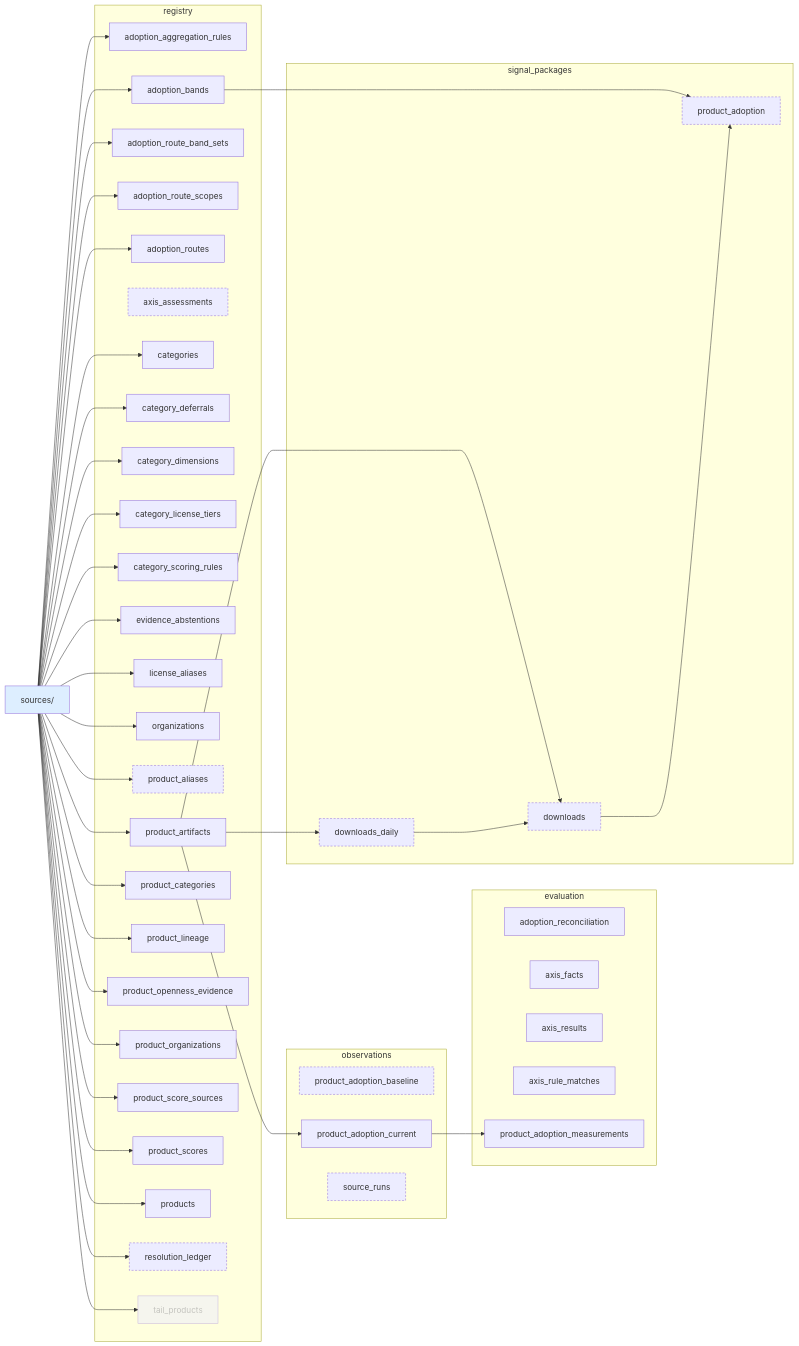
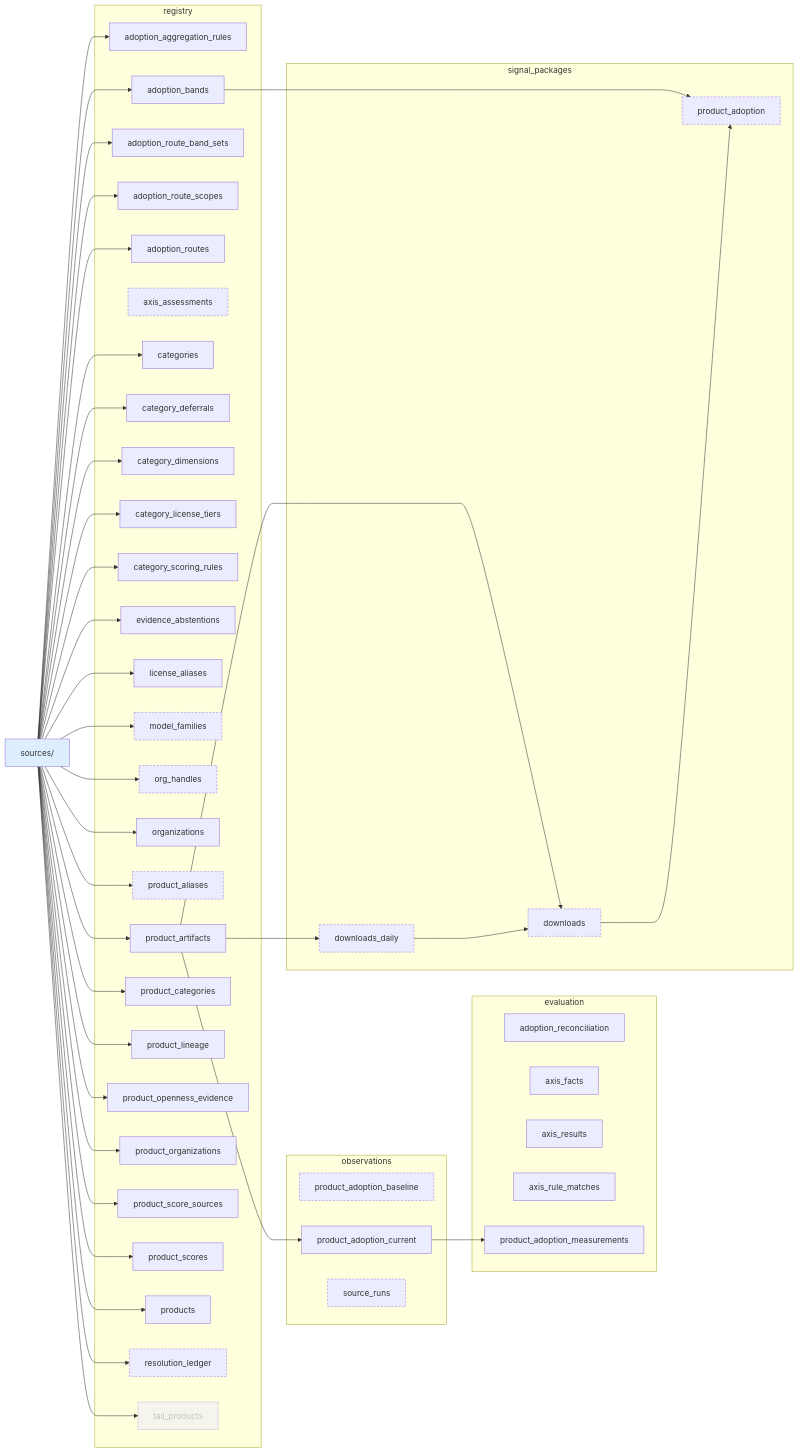
The first of 3 diagrams in docs/architecture/current-state-dag.md (currentai-org/os-ai-map), drawn with Mermaid before and after one commit. The commit also changed other lines of this file and 14 other files, not shown here.

First line of the commit message:
Declare organization handles and model families as identity evidence (#474)

```diff
--- a/docs/architecture/current-state-dag.md
+++ b/docs/architecture/current-state-dag.md
@@ -58,6 +58,8 @@
     registry__category_scoring_rules[category_scoring_rules]
     registry__evidence_abstentions[evidence_abstentions]
     registry__license_aliases[license_aliases]
+    registry__model_families[model_families]
+    registry__org_handles[org_handles]
     registry__organizations[organizations]
     registry__product_aliases[product_aliases]
     registry__product_artifacts[product_artifacts]
@@ -88,6 +90,8 @@
   SRC --> registry__category_scoring_rules
   SRC --> registry__evidence_abstentions
   SRC --> registry__license_aliases
+  SRC --> registry__model_families
+  SRC --> registry__org_handles
   SRC --> registry__organizations
   SRC --> registry__product_aliases
   SRC --> registry__product_artifacts
@@ -110,6 +114,8 @@
   class observations__product_adoption_baseline staged;
   class observations__source_runs staged;
   class registry__axis_assessments staged;
+  class registry__model_families staged;
+  class registry__org_handles staged;
   class registry__product_aliases staged;
   class registry__resolution_ledger staged;
   class registry__tail_products dormant;
```
